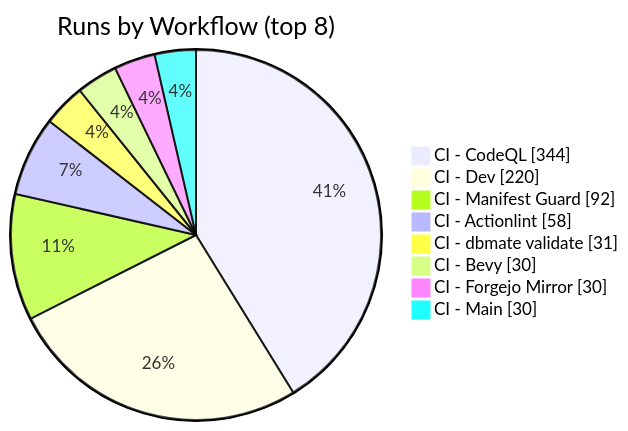
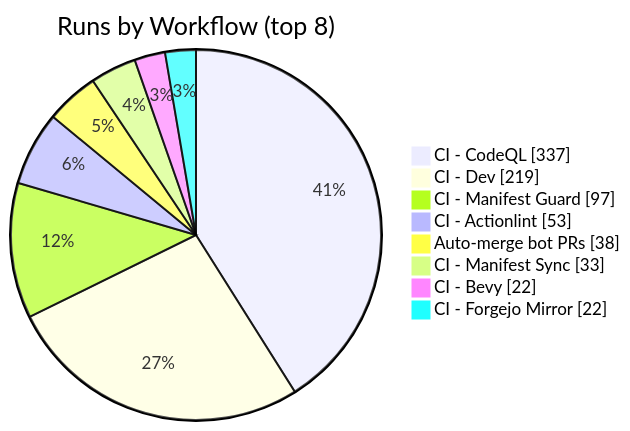
One commit to KBVE/kbve changed the second of 2 diagrams in apps/kbve/astro-kbve/src/content/docs/dashboard/ci-health.mdx. Above: the diagram before and after it, drawn with Mermaid. The commit also changed other lines of this file and 1 other file, not shown here.

````diff
--- a/apps/kbve/astro-kbve/src/content/docs/dashboard/ci-health.mdx
+++ b/apps/kbve/astro-kbve/src/content/docs/dashboard/ci-health.mdx
@@ -200,12 +201,12 @@
 ```mermaid
 pie showData
     title Runs by Workflow (top 8)
-    "CI - CodeQL" : 344
-    "CI - Dev" : 220
-    "CI - Manifest Guard" : 92
-    "CI - Actionlint" : 58
-    "CI - dbmate validate" : 31
-    "CI - Bevy" : 30
-    "CI - Forgejo Mirror" : 30
-    "CI - Main" : 30
+    "CI - CodeQL" : 337
+    "CI - Dev" : 219
+    "CI - Manifest Guard" : 97
+    "CI - Actionlint" : 53
+    "Auto-merge bot PRs" : 38
+    "CI - Manifest Sync" : 33
+    "CI - Bevy" : 22
+    "CI - Forgejo Mirror" : 22
 ```
````
